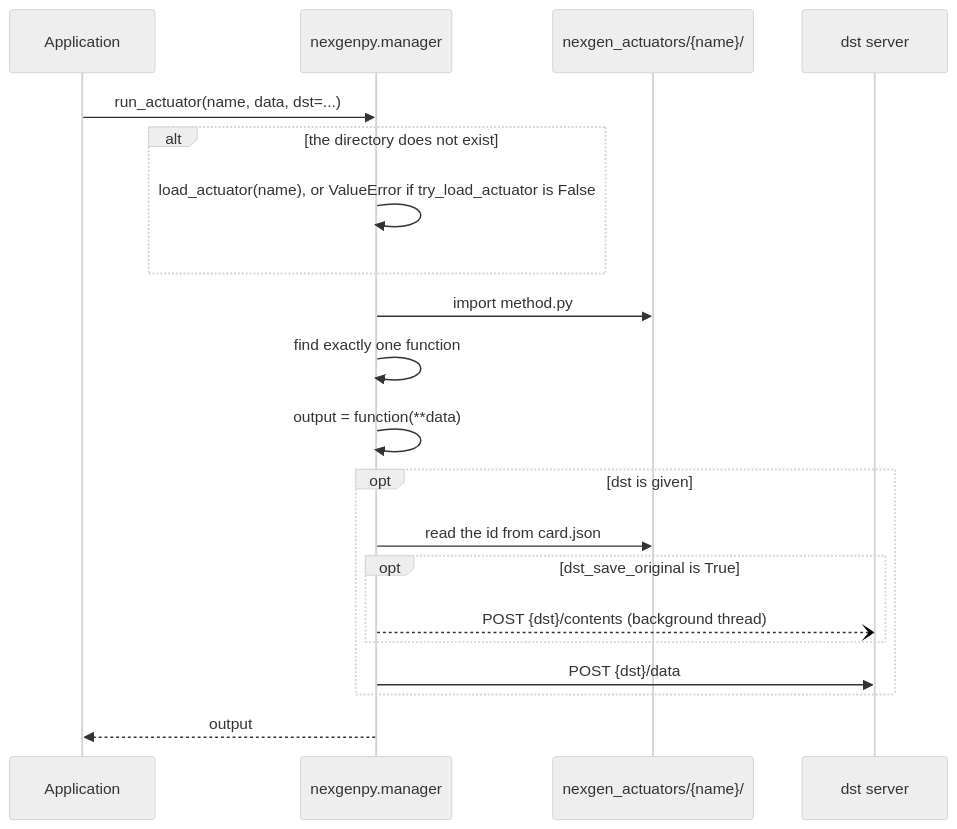
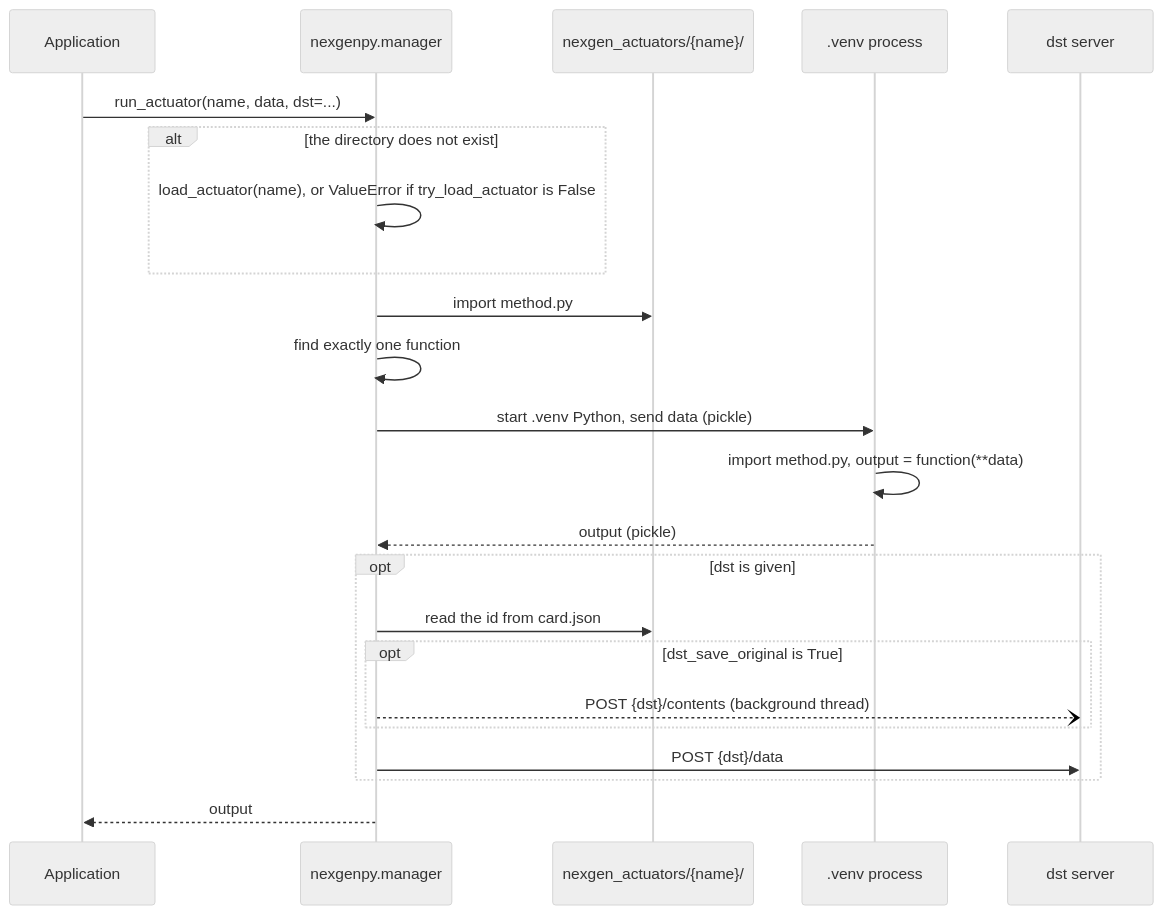
One commit to iamalreadynoob/nexgen changed the third of 3 diagrams in docs/architecture.md. Above: the diagram before and after it, drawn with Mermaid (neutral theme). The commit also changed other lines of this file and 12 other files, not shown here.

````diff
--- a/docs/architecture.md
+++ b/docs/architecture.md
@@ -83,23 +83,26 @@
 ```mermaid
 sequenceDiagram
     participant App as Application
     participant Lib as nexgenpy.manager
     participant FS as nexgen_actuators/{name}/
+    participant Venv as .venv process
     participant Dst as dst server
 
     App->>Lib: run_actuator(name, data, dst=...)
     alt the directory does not exist
         Lib->>Lib: load_actuator(name), or ValueError if try_load_actuator is False
     end
     Lib->>FS: import method.py
     Lib->>Lib: find exactly one function
-    Lib->>Lib: output = function(**data)
+    Lib->>Venv: start .venv Python, send data (pickle)
+    Venv->>Venv: import method.py, output = function(**data)
+    Venv-->>Lib: output (pickle)
     opt dst is given
         Lib->>FS: read the id from card.json
         opt dst_save_original is True
             Lib--)Dst: POST {dst}/contents (background thread)
         end
         Lib->>Dst: POST {dst}/data
     end
     Lib-->>App: output
 ```
````
